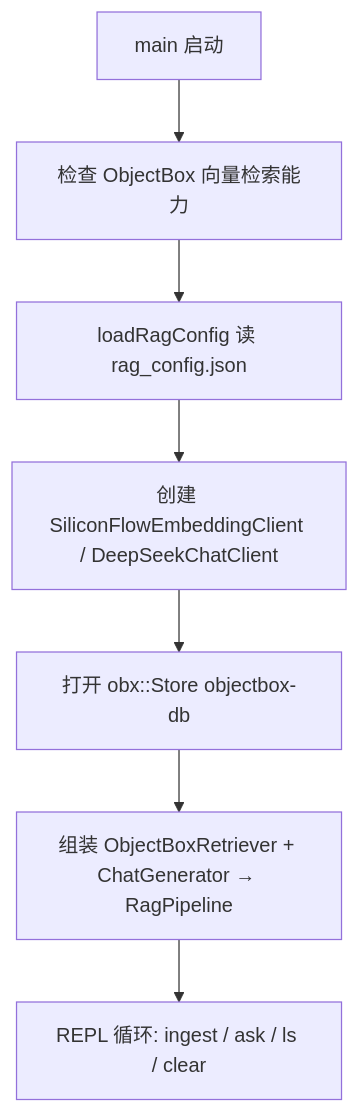
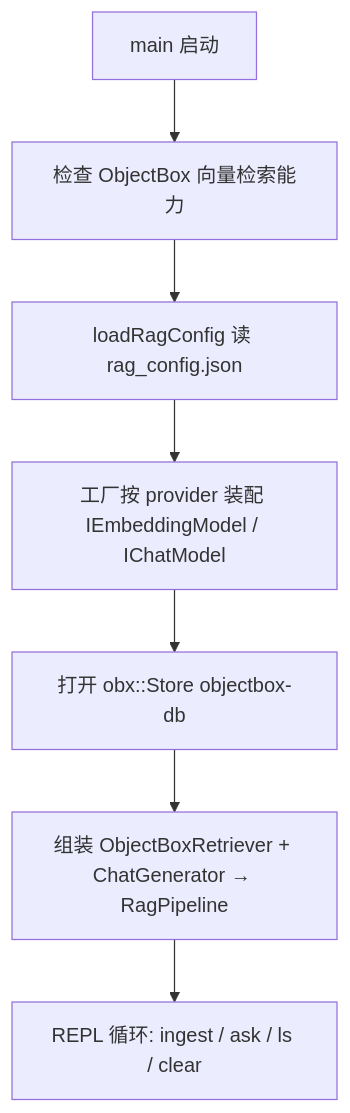
One commit to courier-0221/autumndawn.cpp changed the diagram in doc/examples/rag_basic_code_analysis.md. Above: the diagram before and after it, drawn with Mermaid. The commit also changed other lines of this file and 23 other files, not shown here.

````diff
--- a/doc/examples/rag_basic_code_analysis.md
+++ b/doc/examples/rag_basic_code_analysis.md
@@ -103,9 +108,9 @@
 ```mermaid
 graph TB
     A[main 启动] --> B[检查 ObjectBox 向量检索能力]
     B --> C[loadRagConfig 读 rag_config.json]
-    C --> D[创建 SiliconFlowEmbeddingClient / DeepSeekChatClient]
+    C --> D[工厂按 provider 装配 IEmbeddingModel / IChatModel]
     D --> E[打开 obx::Store objectbox-db]
     E --> F[组装 ObjectBoxRetriever + ChatGenerator → RagPipeline]
     F --> G[REPL 循环: ingest / ask / ls / clear]
 ```
````
